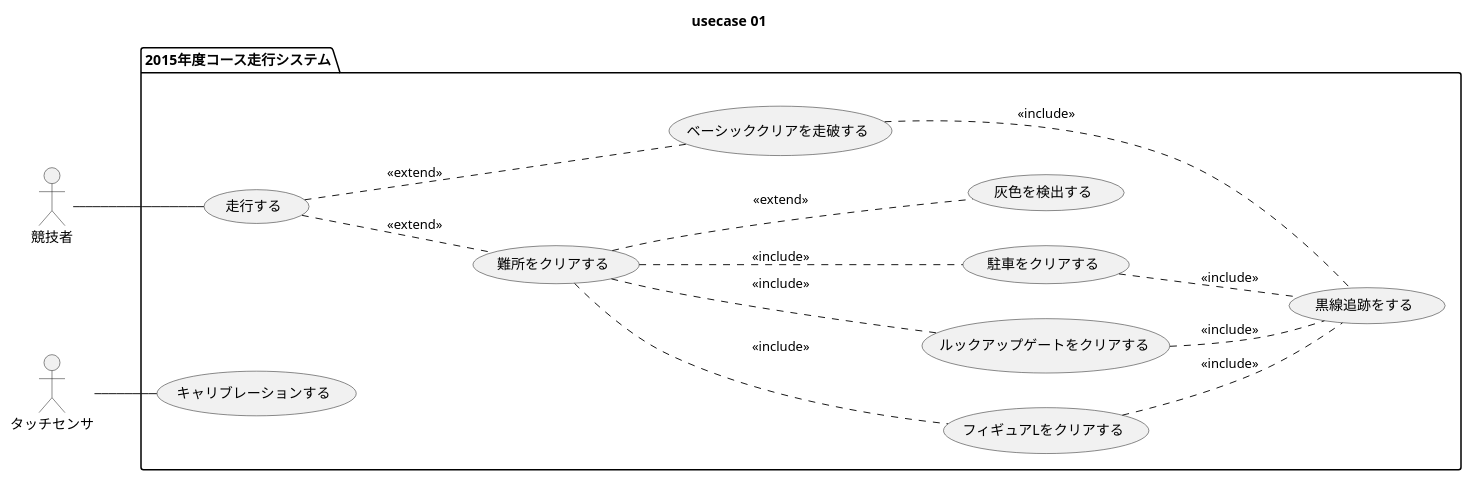
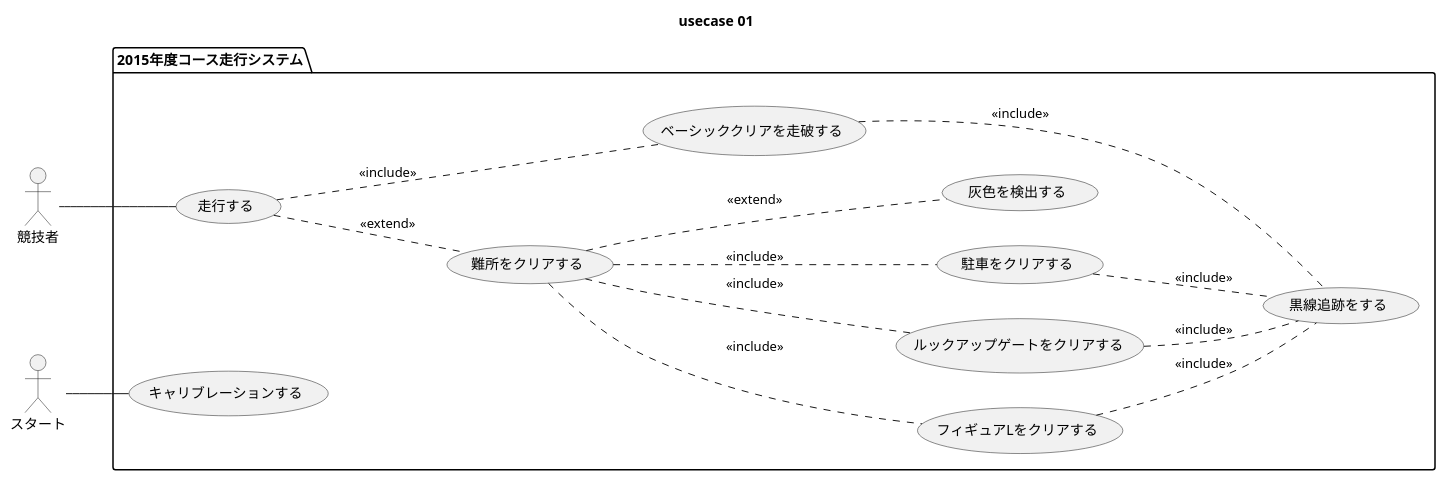
The diagram in diagram/usecase/01/usecase.pu (SLP-KBIT/ETR2015), drawn with PlantUML before and after one commit. The commit also changed 1 other file, not shown here.

```diff
--- a/diagram/usecase/01/usecase.pu
+++ b/diagram/usecase/01/usecase.pu
@@ -1,36 +1,36 @@
 @startuml
 
 title usecase 01
 
 actor 競技者 as user
-actor タッチセンサ as robo
+actor スタート as robo
 
 left to right direction
 
 package "2015年度コース走行システム" {
 
     usecase 走行する as run
     usecase 難所をクリアする as obs
     usecase キャリブレーションする as calib
     usecase ベーシッククリアを走破する as basic
     usecase フィギュアLをクリアする as figy
     usecase ルックアップゲートをクリアする as gate
     usecase 駐車をクリアする as park
     usecase 黒線追跡をする as trace
     usecase 灰色を検出する as glay
 }
 
 user -- run
 robo -- calib
 run  .. obs   : <<extend>>
-run  .. basic : <<extend>>
+run  .. basic : <<include>>
 obs  .. figy  : <<include>>
 obs  .. gate  : <<include>>
 obs  .. park  : <<include>>
 basic .. trace: <<include>>
 park .. trace : <<include>>
 gate .. trace : <<include>>
 figy .. trace : <<include>>
 obs .. glay   : <<extend>>
 
 @enduml
```
